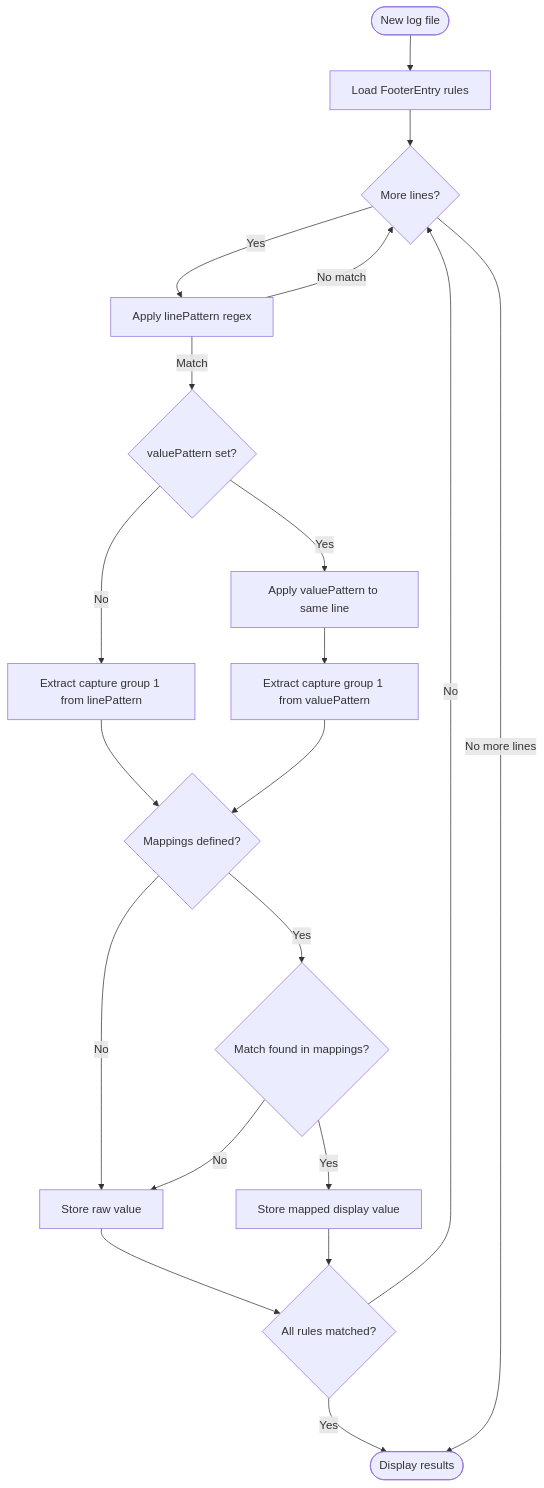
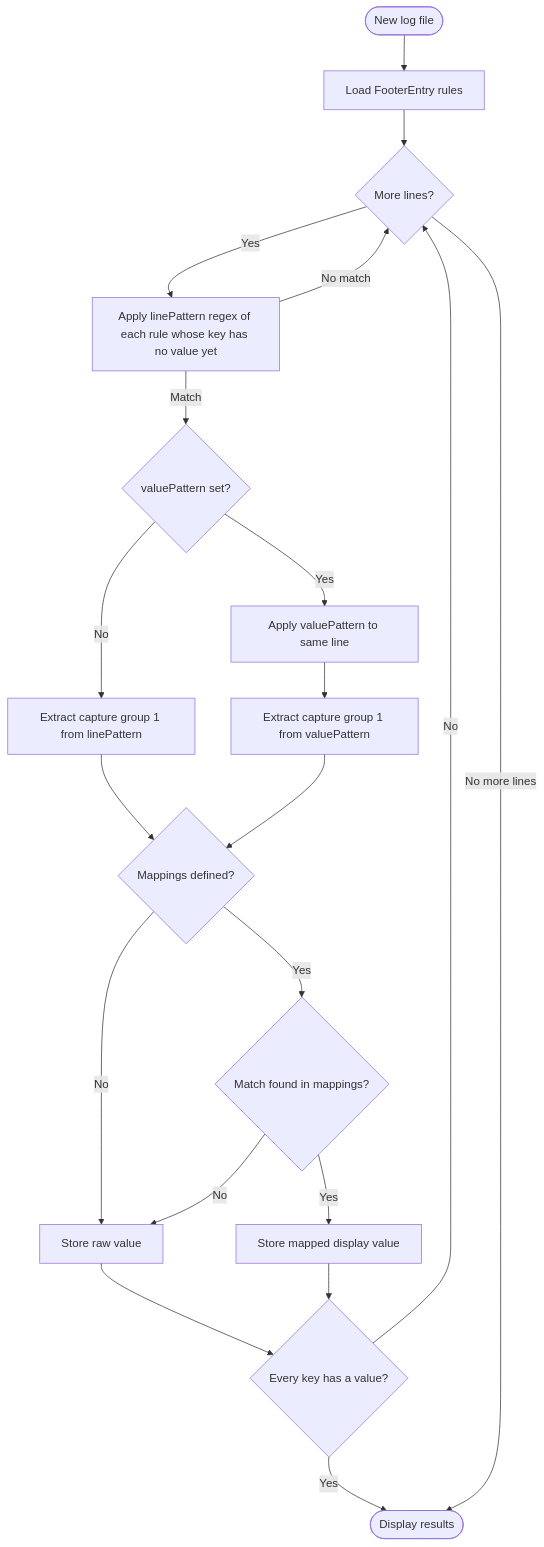
The second of 2 diagrams in README.md (64x-lunicorn/LogSquirl-CustomFooter), drawn with Mermaid before and after one commit. The commit also changed other lines of this file and 12 other files, not shown here.

First line of the commit message:
Treat rules sharing a key as alternatives and rescan incrementally

````diff
--- a/README.md
+++ b/README.md
@@ -201,22 +210,22 @@
 ```mermaid
 flowchart TD
     Start([New log file]) --> Load[Load FooterEntry rules]
     Load --> Loop{More lines?}
-    Loop -->|Yes| MatchLine[Apply linePattern regex]
+    Loop -->|Yes| MatchLine[Apply linePattern regex of each rule whose key has no value yet]
     MatchLine -->|No match| Loop
     MatchLine -->|Match| HasValue{valuePattern set?}
     HasValue -->|No| ExtractLine[Extract capture group 1 from linePattern]
     HasValue -->|Yes| ApplyValue[Apply valuePattern to same line]
     ApplyValue --> ExtractValue[Extract capture group 1 from valuePattern]
     ExtractLine --> MapCheck{Mappings defined?}
     ExtractValue --> MapCheck
     MapCheck -->|No| Store[Store raw value]
     MapCheck -->|Yes| MapLoop{Match found in mappings?}
     MapLoop -->|Yes| StoreMapped[Store mapped display value]
     MapLoop -->|No| Store
-    Store --> AllFound{All rules matched?}
+    Store --> AllFound{Every key has a value?}
     StoreMapped --> AllFound
     AllFound -->|Yes| Done([Display results])
     AllFound -->|No| Loop
     Loop -->|No more lines| Done
 ```
````
